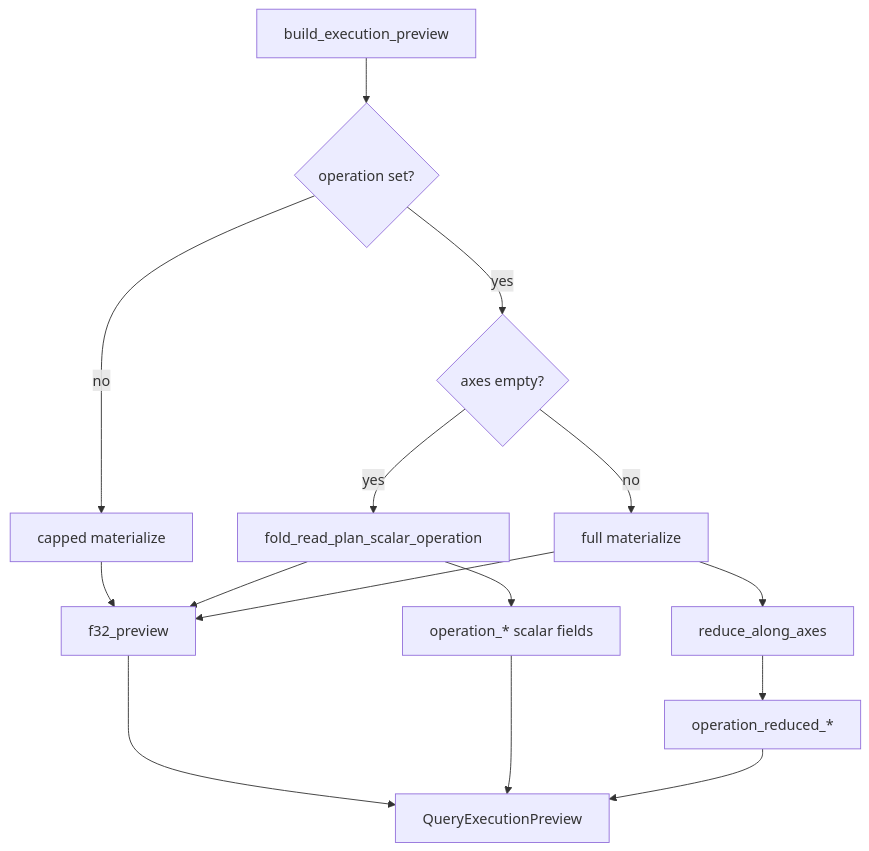
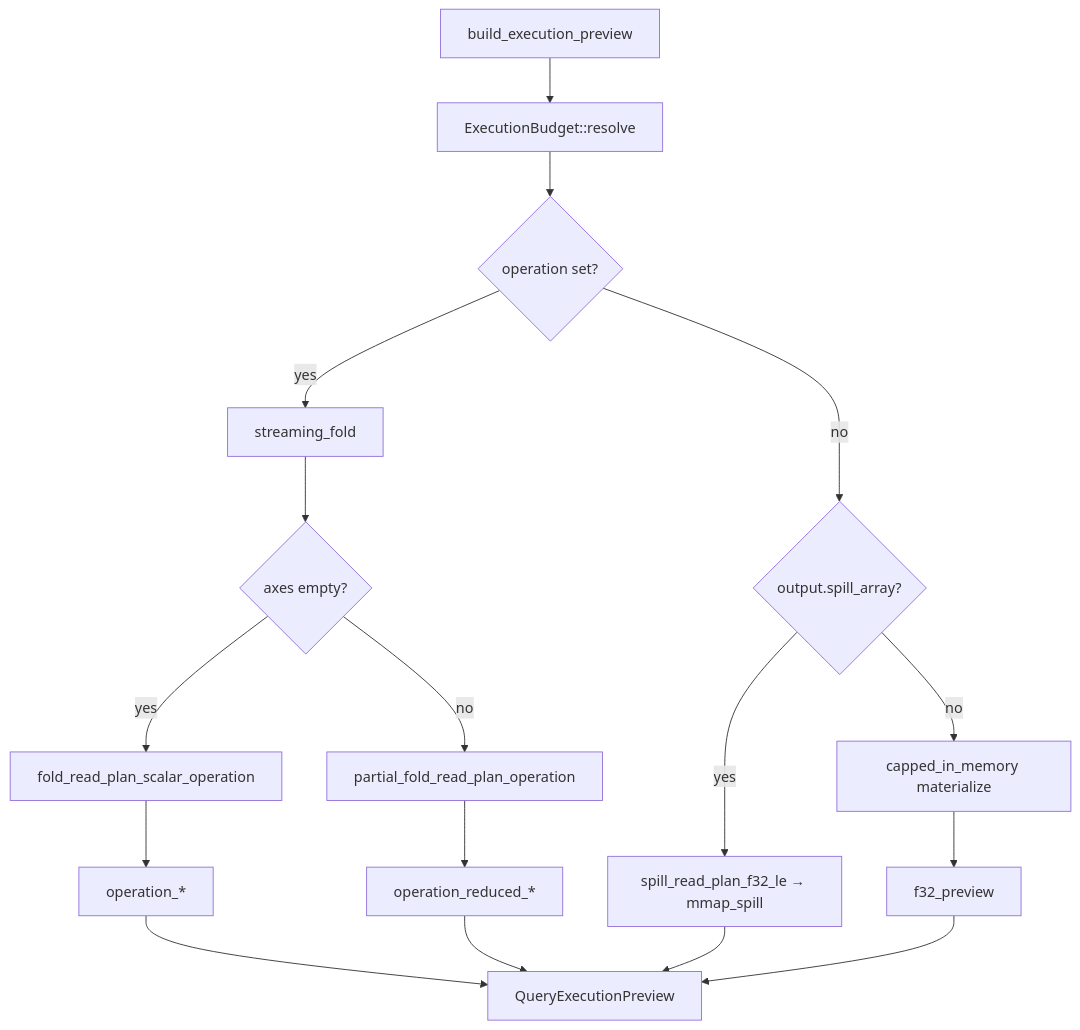
Before and after one commit to thicclatka/tetration: the second of 2 diagrams in docs/query_engine.md, drawn with Mermaid. The commit also changed other lines of this file and 4 other files, not shown here.

First line of the commit message:
docs: align guides with memory-aware query engine and v1 ops

````diff
--- a/docs/query_engine.md
+++ b/docs/query_engine.md
@@ -88,20 +116,24 @@
 ```mermaid
 flowchart TD
     BEP["build_execution_preview"]
-    BEP --> OpGate{"operation set?"}
-    OpGate -->|no| CapMat["capped materialize"]
+    Budget["ExecutionBudget::resolve"]
+    BEP --> Budget
+    Budget --> OpGate{"operation set?"}
+
+    OpGate -->|yes| FoldPath["streaming_fold"]
+    FoldPath --> Axes{"axes empty?"}
+    Axes -->|yes| ScalarFold["fold_read_plan_scalar_operation"]
+    Axes -->|no| PartialFold["partial_fold_read_plan_operation"]
+    ScalarFold --> OpFields["operation_*"]
+    PartialFold --> Reduced["operation_reduced_*"]
+    OpFields --> Done["QueryExecutionPreview"]
+    Reduced --> Done
+
+    OpGate -->|no| SpillGate{"output.spill_array?"}
+    SpillGate -->|yes| Spill["spill_read_plan_f32_le → mmap_spill"]
+    Spill --> Done
+
+    SpillGate -->|no| CapMat["capped_in_memory materialize"]
     CapMat --> Preview["f32_preview"]
-    Preview --> Done["QueryExecutionPreview"]
-
-    OpGate -->|yes| Axes{"axes empty?"}
-    Axes -->|yes| Fold["fold_read_plan_scalar_operation"]
-    Fold --> Preview
-    Fold --> Scalar["operation_* scalar fields"]
-    Scalar --> Done
-
-    Axes -->|no| FullMat["full materialize"]
-    FullMat --> Reduce["reduce_along_axes"]
-    Reduce --> Partial["operation_reduced_*"]
-    FullMat --> Preview
-    Partial --> Done
+    Preview --> Done
 ```
````
